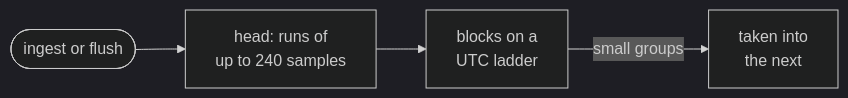
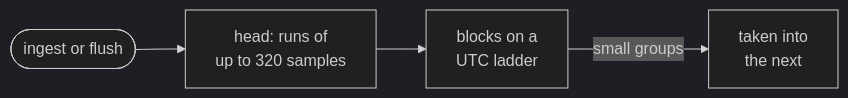
The second of 2 diagrams in docs/handbook/inside/how-logs-and-metrics-pack.md (tinyshed/tinystore), drawn with Mermaid (dark theme) before and after one commit. The commit also changed other lines of this file and 11 other files, not shown here.

````diff
--- a/docs/handbook/inside/how-logs-and-metrics-pack.md
+++ b/docs/handbook/inside/how-logs-and-metrics-pack.md
@@ -68,6 +68,6 @@
 ```mermaid
 flowchart LR
-  ingest([ingest or flush]) --> head[head: runs of<br>up to 240 samples]
+  ingest([ingest or flush]) --> head[head: runs of<br>up to 320 samples]
   head --> blocks[blocks on a<br>UTC ladder]
   blocks -->|small groups| next[taken into<br>the next]
 ```
````
